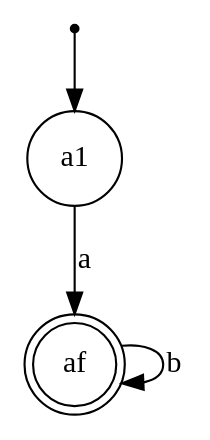
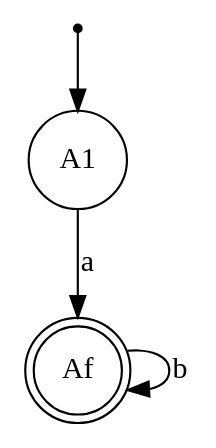
Before and after one commit to Caramelo18/COMP-Project: the diagram in A.dot, drawn with Graphviz. The commit also changed 4 other files, not shown here.

```diff
--- a/A.dot
+++ b/A.dot
@@ -1,9 +1,9 @@
 digraph finite_state_machine {
-    node [shape = doublecircle]; af;
-    node [shape = point ]; ai;
+    node [shape = point ]; Ai;
+    node [shape = doublecircle]; Af;
 
     node [shape = circle];
-    ai -> a1;
-    a1 -> af [ label = "a" ];
-    af -> af  [ label = "b" ];
+    Ai -> A1;
+    A1 -> Af [ label = "a" ];
+    Af -> Af  [ label = "b" ];
 }
```
